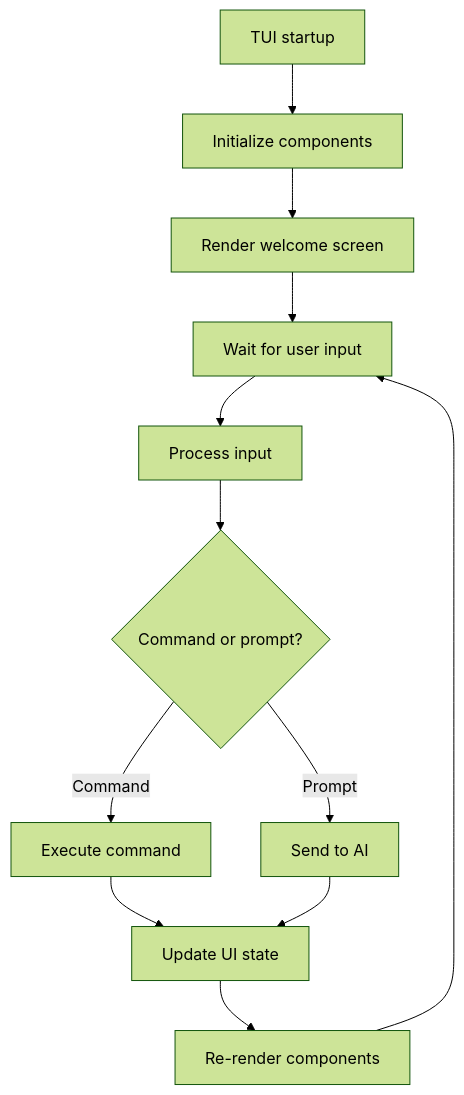
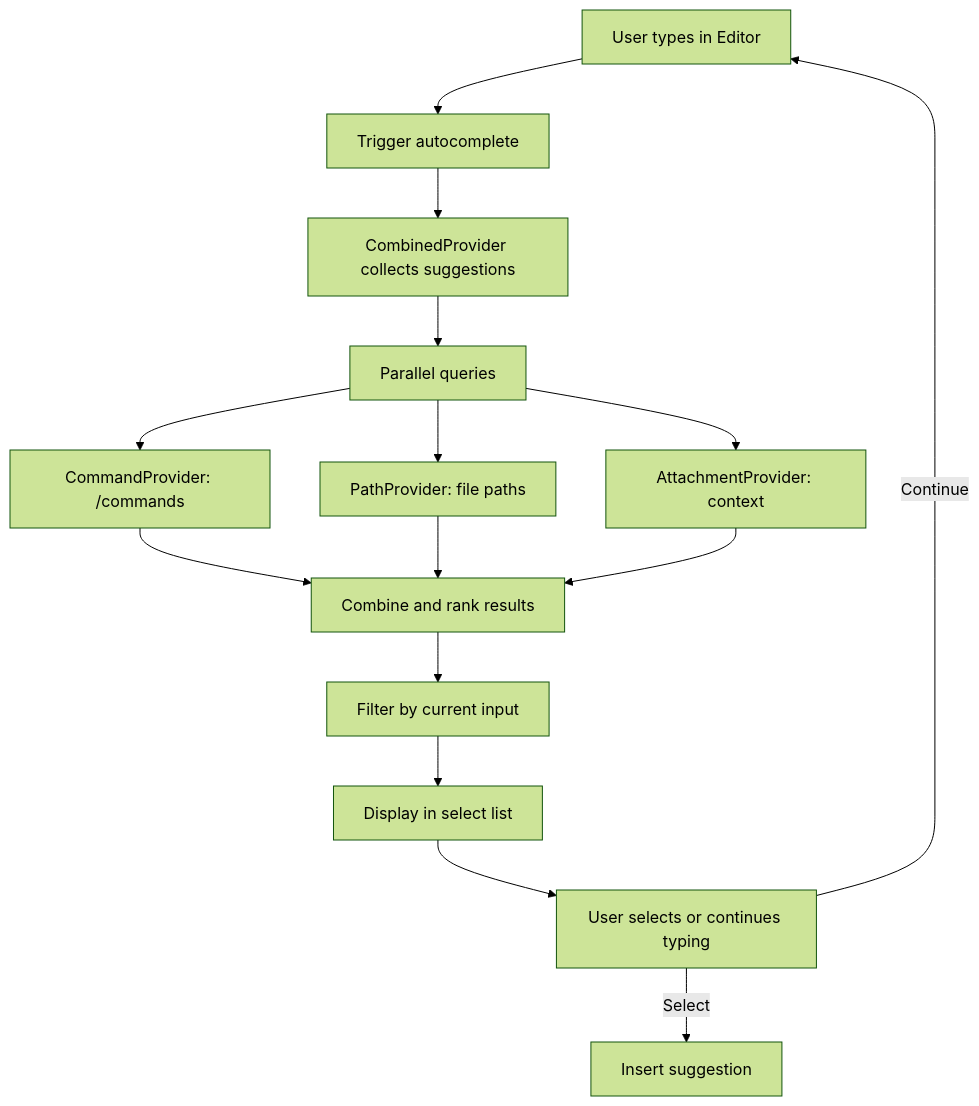
Before and after one commit to travisennis/acai-ts: the seventh of 7 diagrams in ARCHITECTURE.md, drawn with Mermaid (forest theme). The commit also changed other lines of this file, not shown here.

First line of the commit message:
docs(architecture): update ARCHITECTURE.md to reflect current project state

````diff
--- a/ARCHITECTURE.md
+++ b/ARCHITECTURE.md
@@ -540,14 +647,17 @@
 ```mermaid
 graph TD
-  A[TUI startup] --> B[Initialize components]
-  B --> C[Render welcome screen]
-  C --> D[Wait for user input]
-  D --> E[Process input]
-  E --> F{Command or prompt?}
-  F -->|Command| G[Execute command]
-  F -->|Prompt| H[Send to AI]
-  G --> I[Update UI state]
-  H --> I
-  I --> J[Re-render components]
-  J --> D
+  A[User types in Editor] --> B[Trigger autocomplete]
+  B --> C[CombinedProvider collects suggestions]
+  C --> D[Parallel queries]
+  D --> E[CommandProvider: /commands]
+  D --> F[PathProvider: file paths]
+  D --> G[AttachmentProvider: context]
+  E --> H[Combine and rank results]
+  F --> H
+  G --> H
+  H --> I[Filter by current input]
+  I --> J[Display in select list]
+  J --> K[User selects or continues typing]
+  K -->|Select| L[Insert suggestion]
+  K -->|Continue| A
 ```
````
